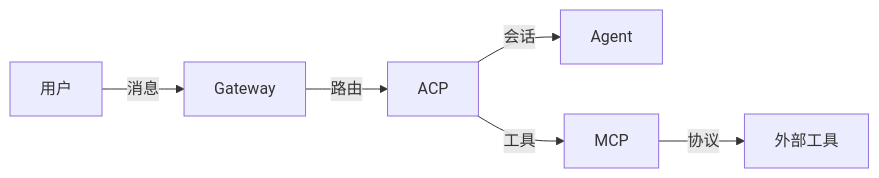
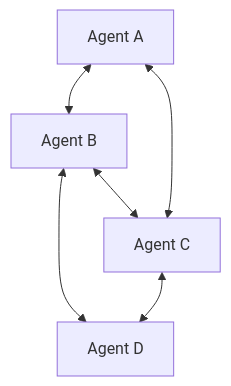
One commit to zenHeart/learn-ai changed diagram 13 of 14 in docs/zh/products/automation/openclaw/source-code/acp.md. Above: the diagram before and after it, drawn with Mermaid. The commit also changed other lines of this file and 10 other files, not shown here.

````diff
--- a/docs/zh/products/automation/openclaw/source-code/acp.md
+++ b/docs/zh/products/automation/openclaw/source-code/acp.md
@@ -265,9 +481,13 @@
 ```mermaid
-graph LR
-    A["用户"] -->|"消息"| B["Gateway"]
-    B -->|"路由"| C["ACP"]
-    C -->|"会话"| D["Agent"]
+graph TB
+    A["Agent A"]
+    B["Agent B"]
+    C["Agent C"]
+    D["Agent D"]
     
-    C -->|"工具"| E["MCP"]
-    E -->|"协议"| F["外部工具"]
+    A <--> B
+    A <--> C
+    B <--> D
+    C <--> D
+    B <--> C
 ```
````
